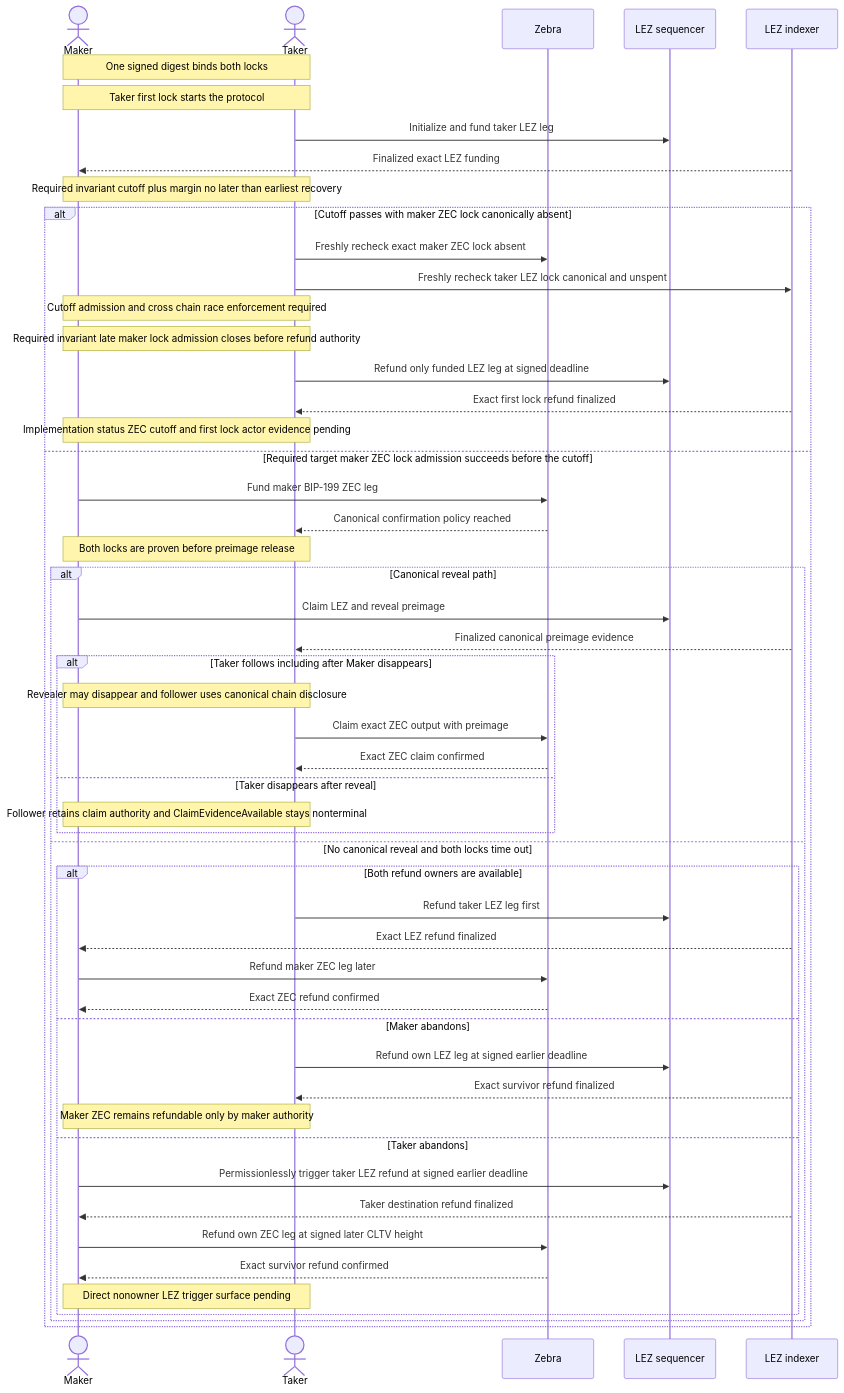
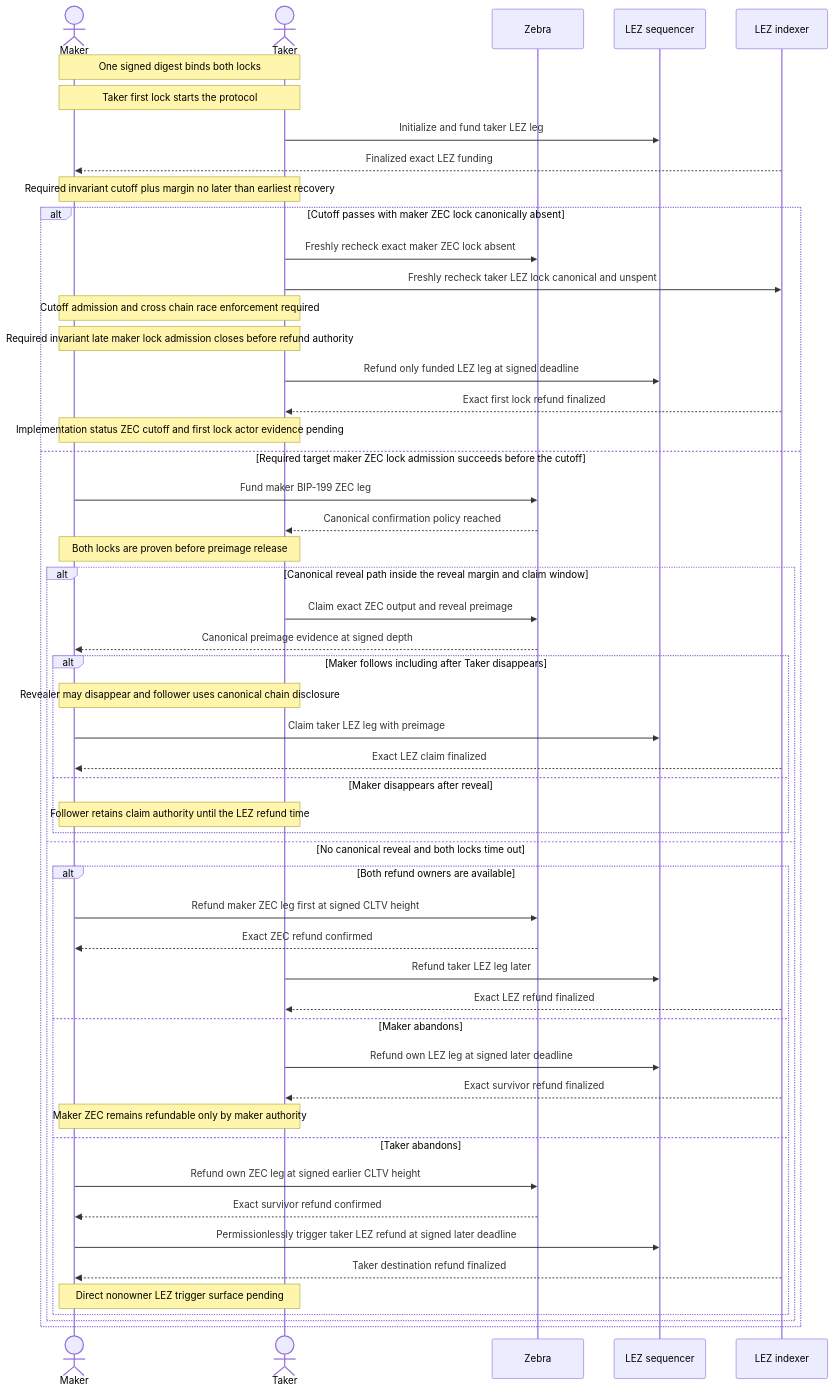
Before and after one commit to gateway-fm/lez-atomic-swaps: diagram 19 of 25 in docs/architecture/system-architecture.md, drawn with Mermaid. The commit also changed other lines of this file and 14 other files, not shown here.

Commit message:
docs: ADR 0216, ZEC follows the common flow; deviation from RFP-003 F4 in TakerSellsLez

````diff
--- a/docs/architecture/system-architecture.md
+++ b/docs/architecture/system-architecture.md
@@ -1964,55 +1971,55 @@
 ```mermaid
 sequenceDiagram
     actor Maker
     actor Taker
     participant Zebra as Zebra
     participant LezSeq as LEZ sequencer
     participant LezIdx as LEZ indexer
 
     Note over Maker,Taker: One signed digest binds both locks
     Note over Maker,Taker: Taker first lock starts the protocol
     Taker->>LezSeq: Initialize and fund taker LEZ leg
     LezIdx-->>Maker: Finalized exact LEZ funding
     Note over Maker,Taker: Required invariant cutoff plus margin no later than earliest recovery
     alt Cutoff passes with maker ZEC lock canonically absent
         Taker->>Zebra: Freshly recheck exact maker ZEC lock absent
         Taker->>LezIdx: Freshly recheck taker LEZ lock canonical and unspent
         Note over Maker,Taker: Cutoff admission and cross chain race enforcement required
         Note over Maker,Taker: Required invariant late maker lock admission closes before refund authority
         Taker->>LezSeq: Refund only funded LEZ leg at signed deadline
         LezIdx-->>Taker: Exact first lock refund finalized
         Note over Maker,Taker: Implementation status ZEC cutoff and first lock actor evidence pending
     else Required target maker ZEC lock admission succeeds before the cutoff
         Maker->>Zebra: Fund maker BIP-199 ZEC leg
         Zebra-->>Taker: Canonical confirmation policy reached
         Note over Maker,Taker: Both locks are proven before preimage release
-        alt Canonical reveal path
-            Maker->>LezSeq: Claim LEZ and reveal preimage
-            LezIdx-->>Taker: Finalized canonical preimage evidence
-            alt Taker follows including after Maker disappears
+        alt Canonical reveal path inside the reveal margin and claim window
+            Taker->>Zebra: Claim exact ZEC output and reveal preimage
+            Zebra-->>Maker: Canonical preimage evidence at signed depth
+            alt Maker follows including after Taker disappears
                 Note over Maker,Taker: Revealer may disappear and follower uses canonical chain disclosure
-                Taker->>Zebra: Claim exact ZEC output with preimage
-                Zebra-->>Taker: Exact ZEC claim confirmed
-            else Taker disappears after reveal
-                Note over Maker,Taker: Follower retains claim authority and ClaimEvidenceAvailable stays nonterminal
+                Maker->>LezSeq: Claim taker LEZ leg with preimage
+                LezIdx-->>Maker: Exact LEZ claim finalized
+            else Maker disappears after reveal
+                Note over Maker,Taker: Follower retains claim authority until the LEZ refund time
             end
         else No canonical reveal and both locks time out
             alt Both refund owners are available
-                Taker->>LezSeq: Refund taker LEZ leg first
-                LezIdx-->>Maker: Exact LEZ refund finalized
-                Maker->>Zebra: Refund maker ZEC leg later
+                Maker->>Zebra: Refund maker ZEC leg first at signed CLTV height
                 Zebra-->>Maker: Exact ZEC refund confirmed
+                Taker->>LezSeq: Refund taker LEZ leg later
+                LezIdx-->>Taker: Exact LEZ refund finalized
             else Maker abandons
-                Taker->>LezSeq: Refund own LEZ leg at signed earlier deadline
+                Taker->>LezSeq: Refund own LEZ leg at signed later deadline
                 LezIdx-->>Taker: Exact survivor refund finalized
                 Note over Maker,Taker: Maker ZEC remains refundable only by maker authority
             else Taker abandons
-                Maker->>LezSeq: Permissionlessly trigger taker LEZ refund at signed earlier deadline
+                Maker->>Zebra: Refund own ZEC leg at signed earlier CLTV height
+                Zebra-->>Maker: Exact survivor refund confirmed
+                Maker->>LezSeq: Permissionlessly trigger taker LEZ refund at signed later deadline
                 LezIdx-->>Maker: Taker destination refund finalized
-                Maker->>Zebra: Refund own ZEC leg at signed later CLTV height
-                Zebra-->>Maker: Exact survivor refund confirmed
                 Note over Maker,Taker: Direct nonowner LEZ trigger surface pending
             end
         end
     end
 ```
````
